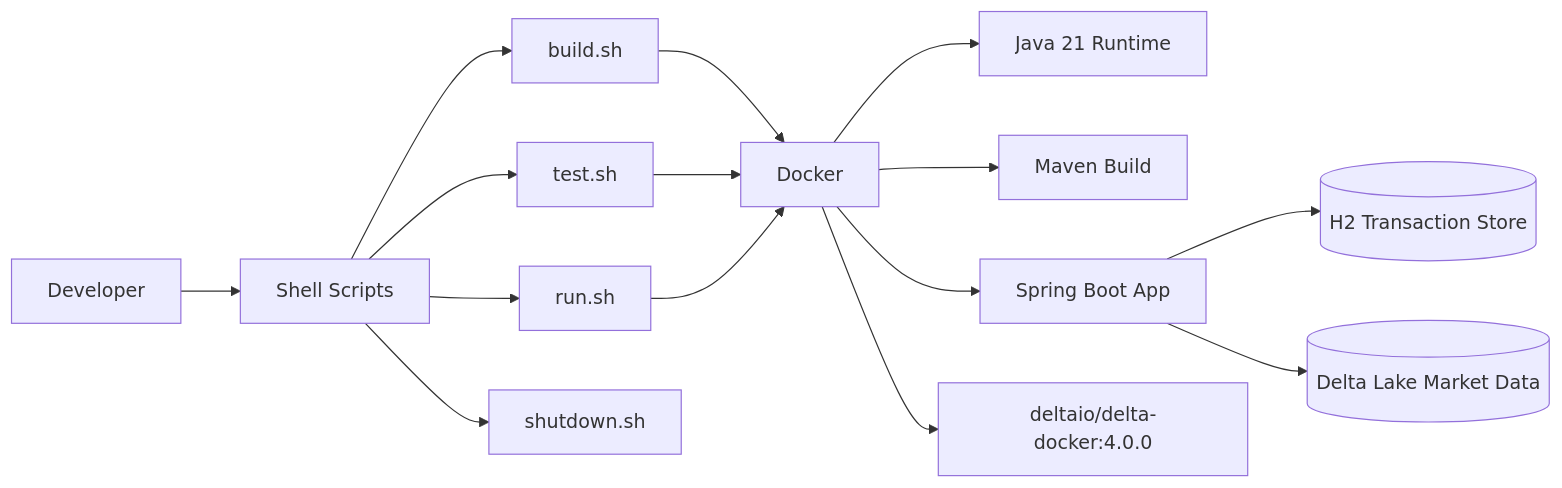
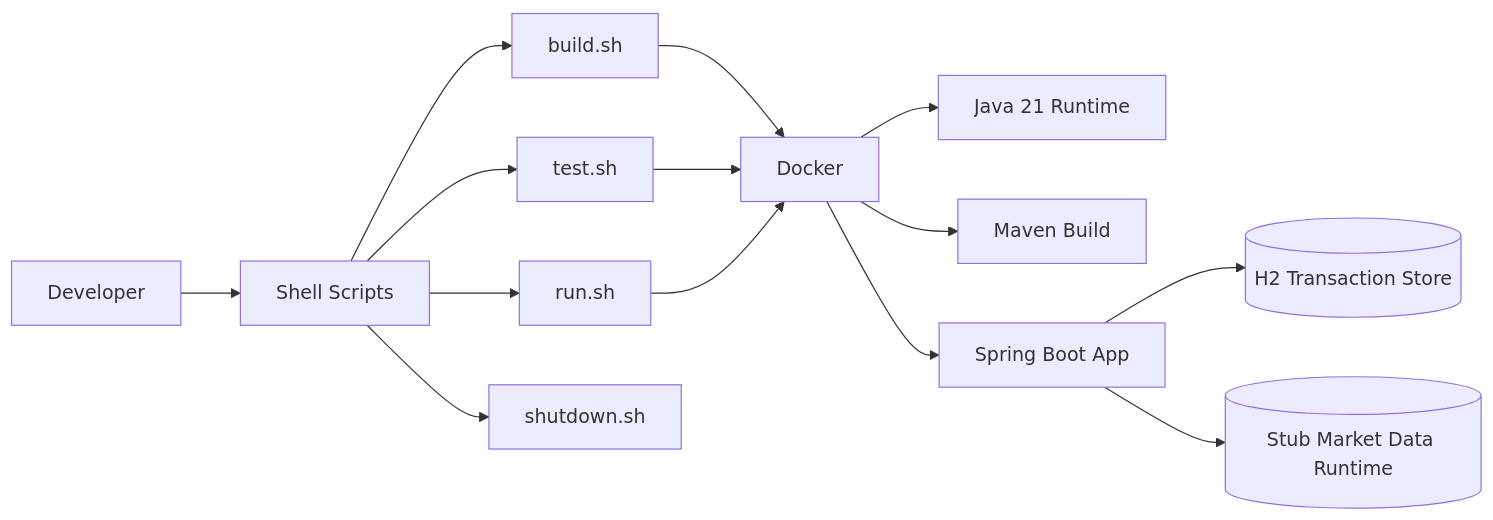
The diagram in docs/diagrams/adr-0003-java-docker-workflow.md (khab40/spring-boot-java-refresh), drawn with Mermaid before and after one commit. The commit also changed 47 other files, not shown here.

Commit message:
feat: add email verification and Mailpit sandbox, isolate market-data runtime, and fix JWT secret decoding

````diff
--- a/docs/diagrams/adr-0003-java-docker-workflow.md
+++ b/docs/diagrams/adr-0003-java-docker-workflow.md
@@ -7,17 +7,16 @@
 ```mermaid
 graph LR
     Dev[Developer] --> Scripts[Shell Scripts]
     Scripts --> Build[build.sh]
     Scripts --> Test[test.sh]
     Scripts --> Run[run.sh]
     Scripts --> Stop[shutdown.sh]
     Build --> Docker[Docker]
     Test --> Docker
     Run --> Docker
     Docker --> Java21[Java 21 Runtime]
     Docker --> Maven[Maven Build]
     Docker --> App[Spring Boot App]
-    Docker --> DeltaContainer[deltaio/delta-docker:4.0.0]
     App --> H2[(H2 Transaction Store)]
-    App --> Delta[(Delta Lake Market Data)]
+    App --> Stub[(Stub Market Data Runtime)]
 ```
````
